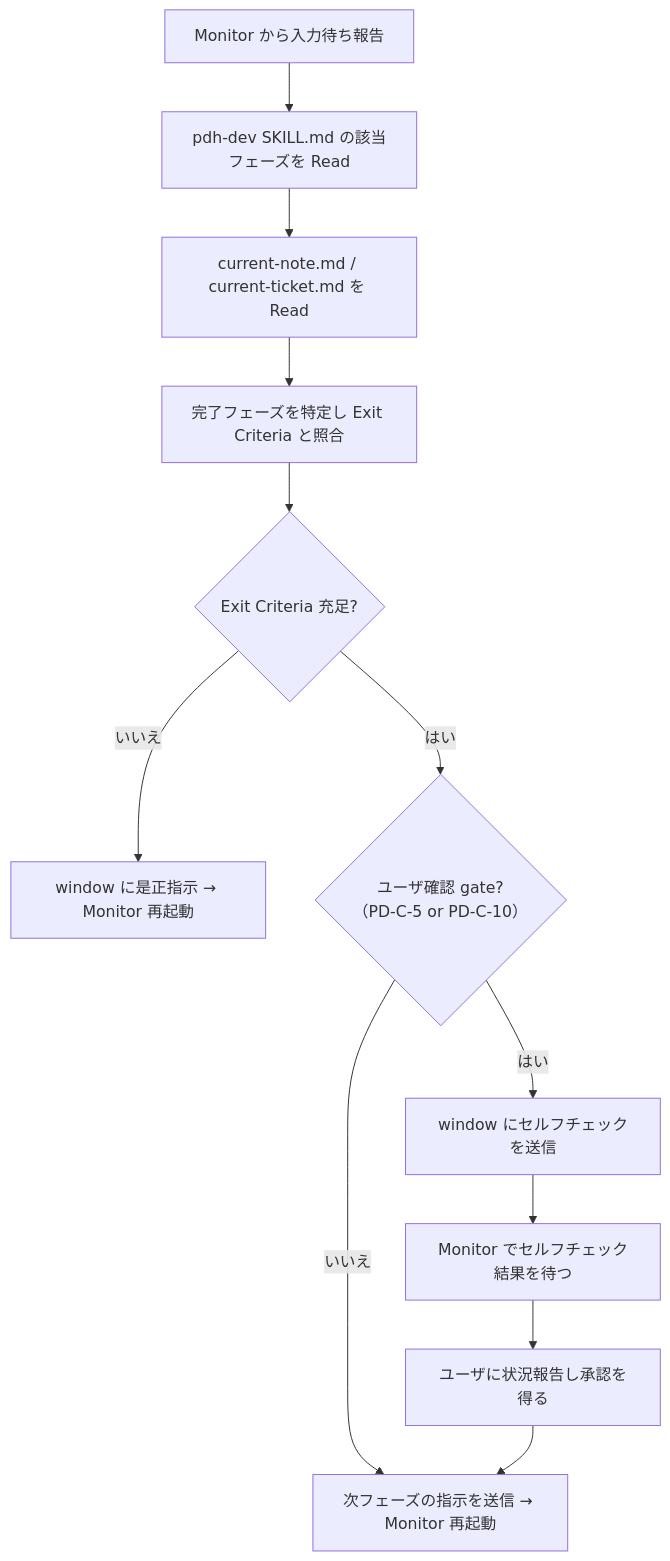
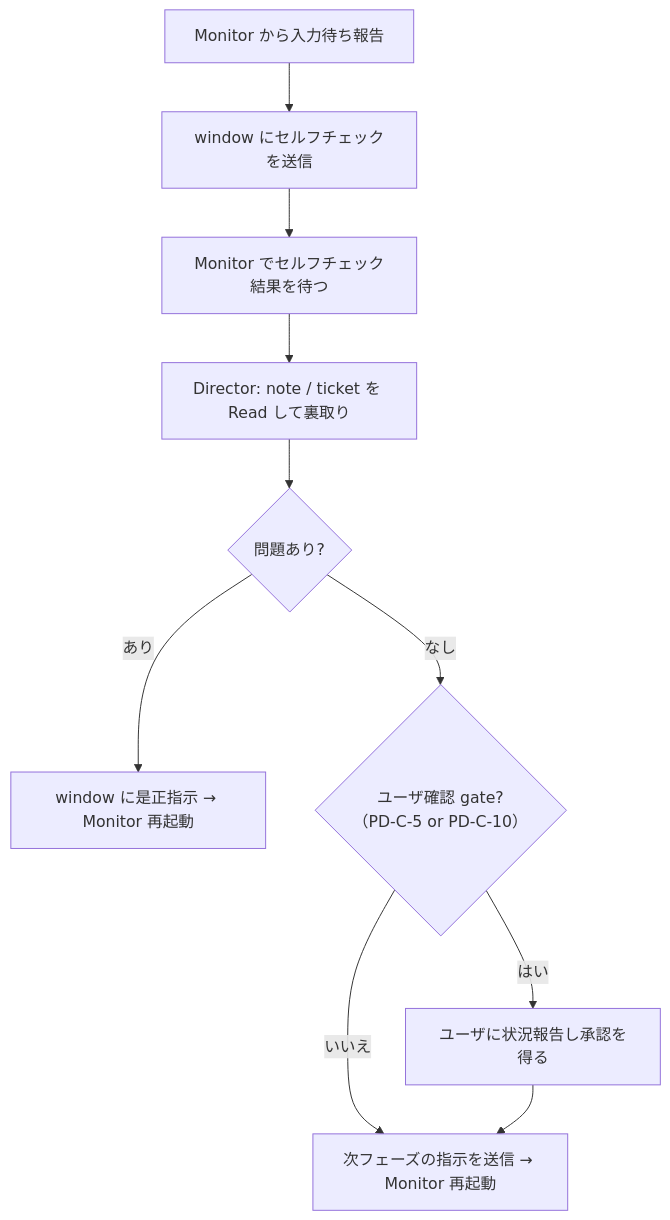
The third of 3 diagrams in skills/tmux-director/SKILL.md (masuidrive/pdh), drawn with Mermaid before and after one commit. The commit also changed other lines of this file and 1 other file, not shown here.

First line of the commit message:
refactor(skills): gate 差し戻しフロー追加 + Monitor をセルフチェック中心に再設計

````diff
--- a/skills/tmux-director/SKILL.md
+++ b/skills/tmux-director/SKILL.md
@@ -234,14 +220,12 @@
 ```mermaid
 flowchart TD
-    R1["Monitor から入力待ち報告"] --> R1a["pdh-dev SKILL.md の該当フェーズを Read"]
-    R1a --> R2["current-note.md / current-ticket.md を Read"]
-    R2 --> R3["完了フェーズを特定し Exit Criteria と照合"]
-    R3 --> R4{"Exit Criteria 充足?"}
-    R4 -- "いいえ" --> R5["window に是正指示 → Monitor 再起動"]
-    R4 -- "はい" --> R6{"ユーザ確認 gate?<br/>（PD-C-5 or PD-C-10）"}
-    R6 -- "いいえ" --> R7["次フェーズの指示を送信 → Monitor 再起動"]
-    R6 -- "はい" --> R8["window にセルフチェックを送信"]
-    R8 --> R9["Monitor でセルフチェック結果を待つ"]
-    R9 --> R10["ユーザに状況報告し承認を得る"]
-    R10 --> R7
+    R1["Monitor から入力待ち報告"] --> R2["window にセルフチェックを送信"]
+    R2 --> R3["Monitor でセルフチェック結果を待つ"]
+    R3 --> R4["Director: note / ticket を Read して裏取り"]
+    R4 --> R5{"問題あり?"}
+    R5 -- "あり" --> R6["window に是正指示 → Monitor 再起動"]
+    R5 -- "なし" --> R7{"ユーザ確認 gate?<br/>（PD-C-5 or PD-C-10）"}
+    R7 -- "いいえ" --> R8["次フェーズの指示を送信 → Monitor 再起動"]
+    R7 -- "はい" --> R9["ユーザに状況報告し承認を得る"]
+    R9 --> R8
 ```
````
